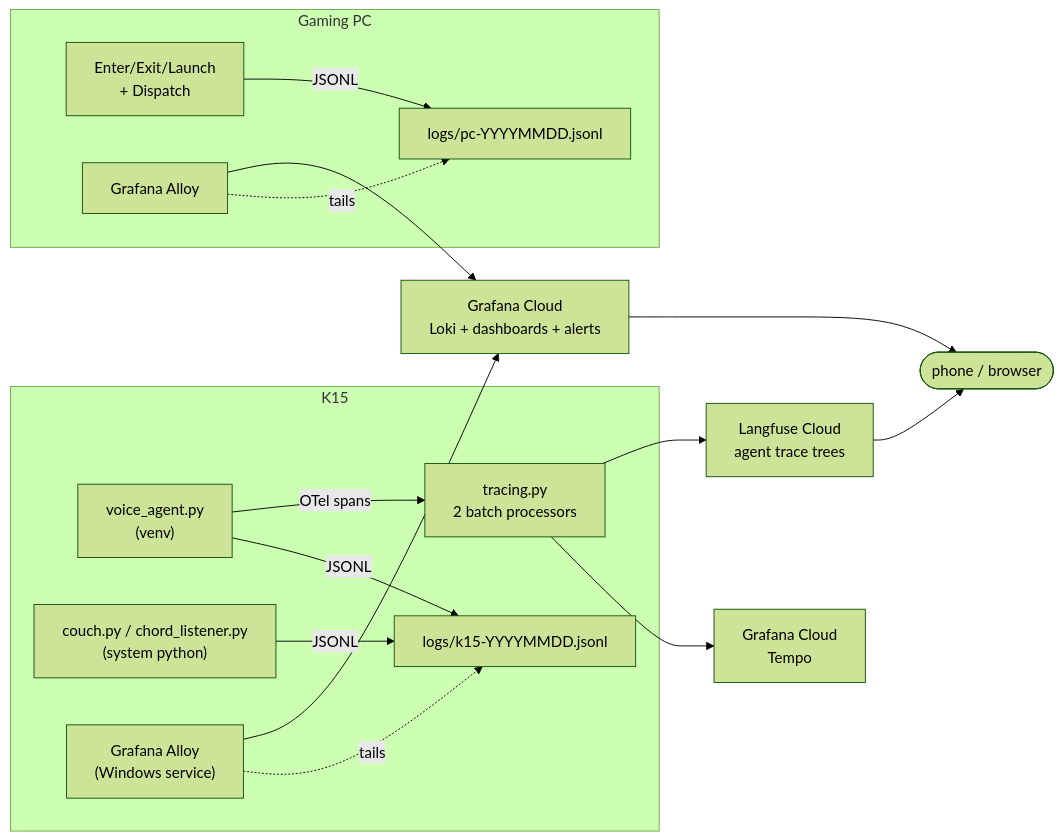
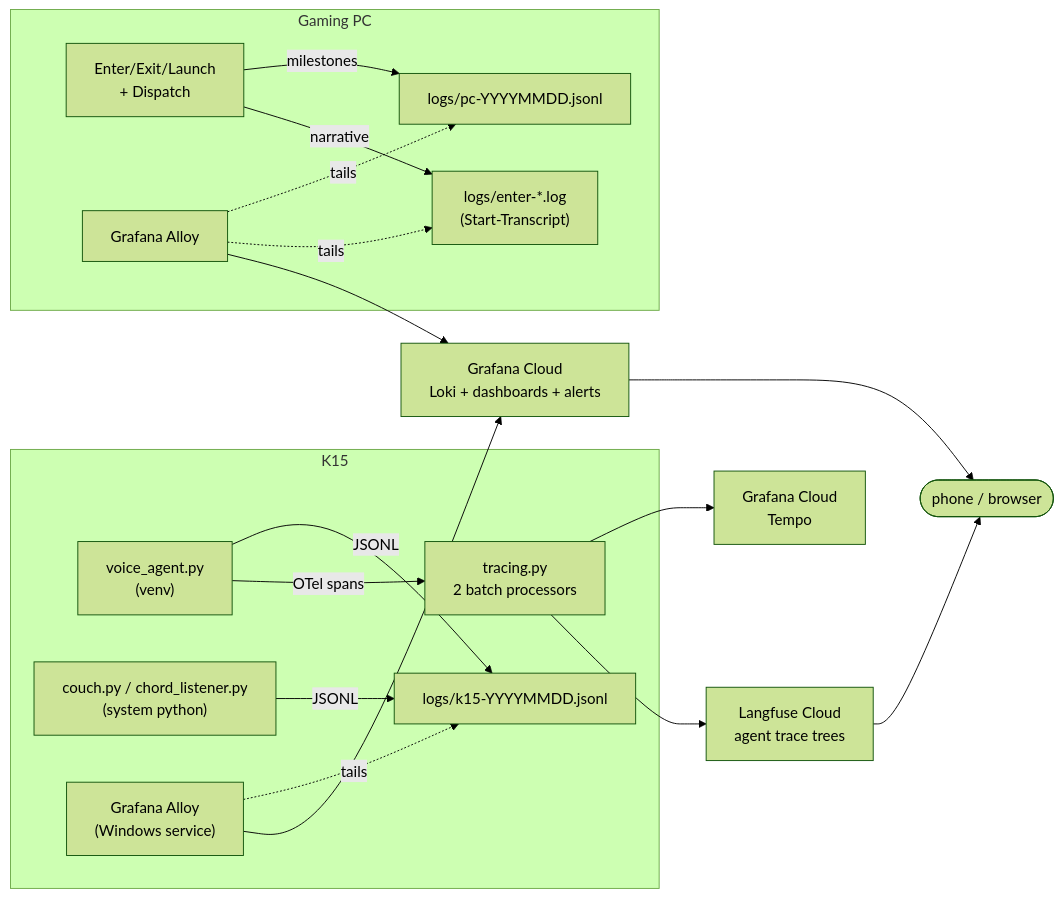
The diagram in docs/observability-design.md (trillville/slopstation), drawn with Mermaid (forest theme) before and after one commit. The commit also changed other lines of this file and 31 other files, not shown here.

First line of the commit message:
obs: every log line is an event now, and one id follows a launch across both machines

````diff
--- a/docs/observability-design.md
+++ b/docs/observability-design.md
@@ -89,19 +104,21 @@
 ```mermaid
 flowchart LR
   subgraph K15
     V["voice_agent.py<br/>(venv)"] -->|"JSONL"| J1["logs/k15-YYYYMMDD.jsonl"]
     C["couch.py / chord_listener.py<br/>(system python)"] -->|"JSONL"| J1
     V -->|"OTel spans"| SDK["tracing.py<br/>2 batch processors"]
     A1["Grafana Alloy<br/>(Windows service)"] -.tails.-> J1
   end
   subgraph GAMEPC["Gaming PC"]
-    P["Enter/Exit/Launch<br/>+ Dispatch"] -->|"JSONL"| J2["logs/pc-YYYYMMDD.jsonl"]
+    P["Enter/Exit/Launch<br/>+ Dispatch"] -->|"milestones"| J2["logs/pc-YYYYMMDD.jsonl"]
+    P -->|"narrative"| T2["logs/enter-*.log<br/>(Start-Transcript)"]
     A2["Grafana Alloy"] -.tails.-> J2
+    A2 -.tails.-> T2
   end
   A1 --> LOKI["Grafana Cloud<br/>Loki + dashboards + alerts"]
   A2 --> LOKI
   SDK --> TEMPO["Grafana Cloud<br/>Tempo"]
   SDK --> LF["Langfuse Cloud<br/>agent trace trees"]
   LOKI --> PHONE(["phone / browser"])
   LF --> PHONE
 ```
````
